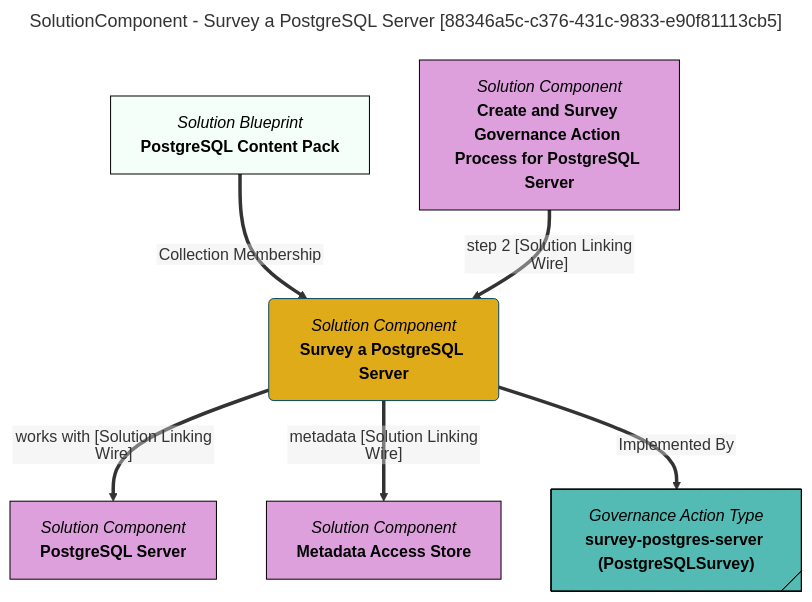
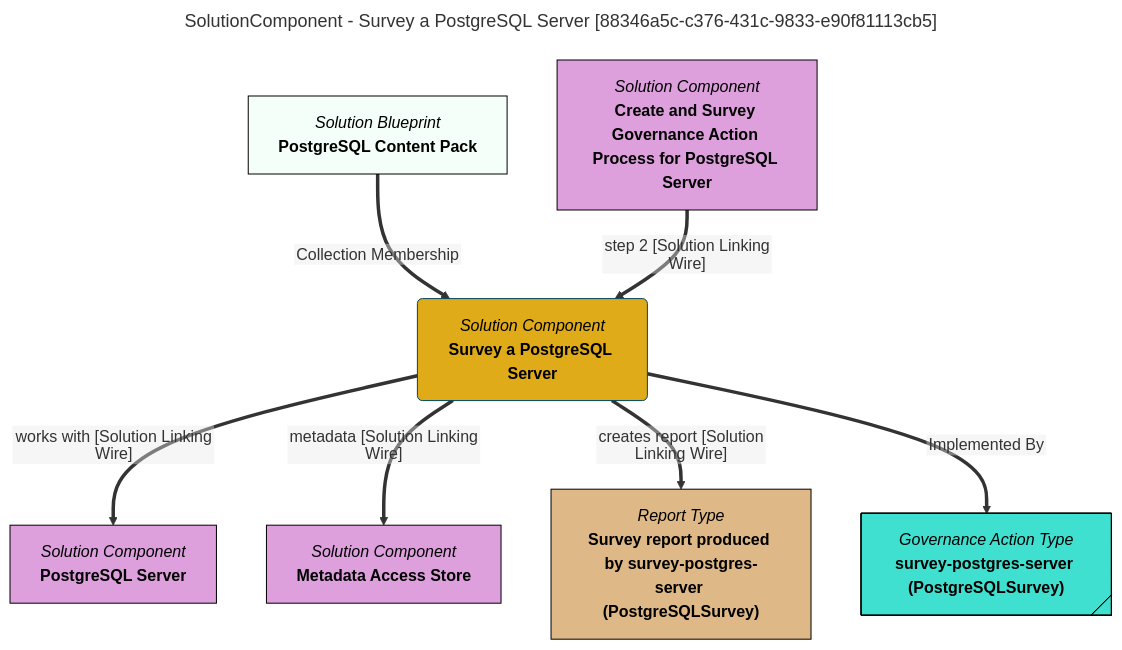
Before and after one commit to odpi/egeria-docs: the diagram in site/snippets/blueprints/components/survey-postgres-server-mermaid-graph.md, drawn with Mermaid. The commit also changed 2201 other files, not shown here.

````diff
--- a/site/snippets/blueprints/components/survey-postgres-server-mermaid-graph.md
+++ b/site/snippets/blueprints/components/survey-postgres-server-mermaid-graph.md
@@ -1,35 +1,39 @@
 ```mermaid
 ---
 title: SolutionComponent - Survey a PostgreSQL Server [88346a5c-c376-431c-9833-e90f81113cb5]
 ---
 flowchart TD
 %%{init: {"flowchart": {"htmlLabels": false}} }%%
 
 1@{ shape: rounded, label: "*Solution Component*
 **Survey a PostgreSQL Server**"}
 2@{ shape: rect, label: "*Solution Blueprint*
 **PostgreSQL Content Pack**"}
 2==>|"Collection Membership"|1
 3@{ shape: rect, label: "*Solution Component*
 **Create and Survey Governance Action Process for PostgreSQL Server**"}
 3==>|"step 2 [Solution Linking Wire]"|1
 4@{ shape: rect, label: "*Solution Component*
 **PostgreSQL Server**"}
 1==>|"works with [Solution Linking Wire]"|4
 5@{ shape: rect, label: "*Solution Component*
 **Metadata Access Store**"}
 1==>|"metadata [Solution Linking Wire]"|5
-6@{ shape: tag-rect, label: "*Governance Action Type*
+6@{ shape: rect, label: "*Report Type*
+**Survey report produced by survey-postgres-server (PostgreSQLSurvey)**"}
+1==>|"creates report [Solution Linking Wire]"|6
+7@{ shape: tag-rect, label: "*Governance Action Type*
 **survey-postgres-server (PostgreSQLSurvey)**"}
-1==>|"Implemented By"|6
+1==>|"Implemented By"|7
 style 1 color:#000000, fill:#e0ab18, stroke:#004563
 style 2 color:#000000, fill:#f5fffa, stroke:#000000
-style 3 color:#000000, fill:#dda0dd, stroke:#000000
-style 4 color:#000000, fill:#dda0dd, stroke:#000000
-style 5 color:#000000, fill:#dda0dd, stroke:#000000
-style 6 color:#000000, fill:#53bbb4, stroke:#000000
+style 3 color:#000000, fill:#DDA0DD, stroke:#000000
+style 4 color:#000000, fill:#DDA0DD, stroke:#000000
+style 5 color:#000000, fill:#DDA0DD, stroke:#000000
+style 6 color:#000000, fill:#DEB887, stroke:#000000
+style 7 color:#000000, fill:#40E0D0, stroke:#000000
 click 1 "https://egeria-project.org/concepts/governance-action-type/" "Click for more documentation" _blank
 click 3 "https://egeria-project.org/egeria-solutions/leveraging-postgres/overview/" "Click for more documentation" _blank
 click 4 "https://www.postgresql.org/" "Click for more documentation" _blank
 click 5 "https://egeria-project.org/concepts/metadata-access-store/" "Click for more documentation" _blank
 ```
````
